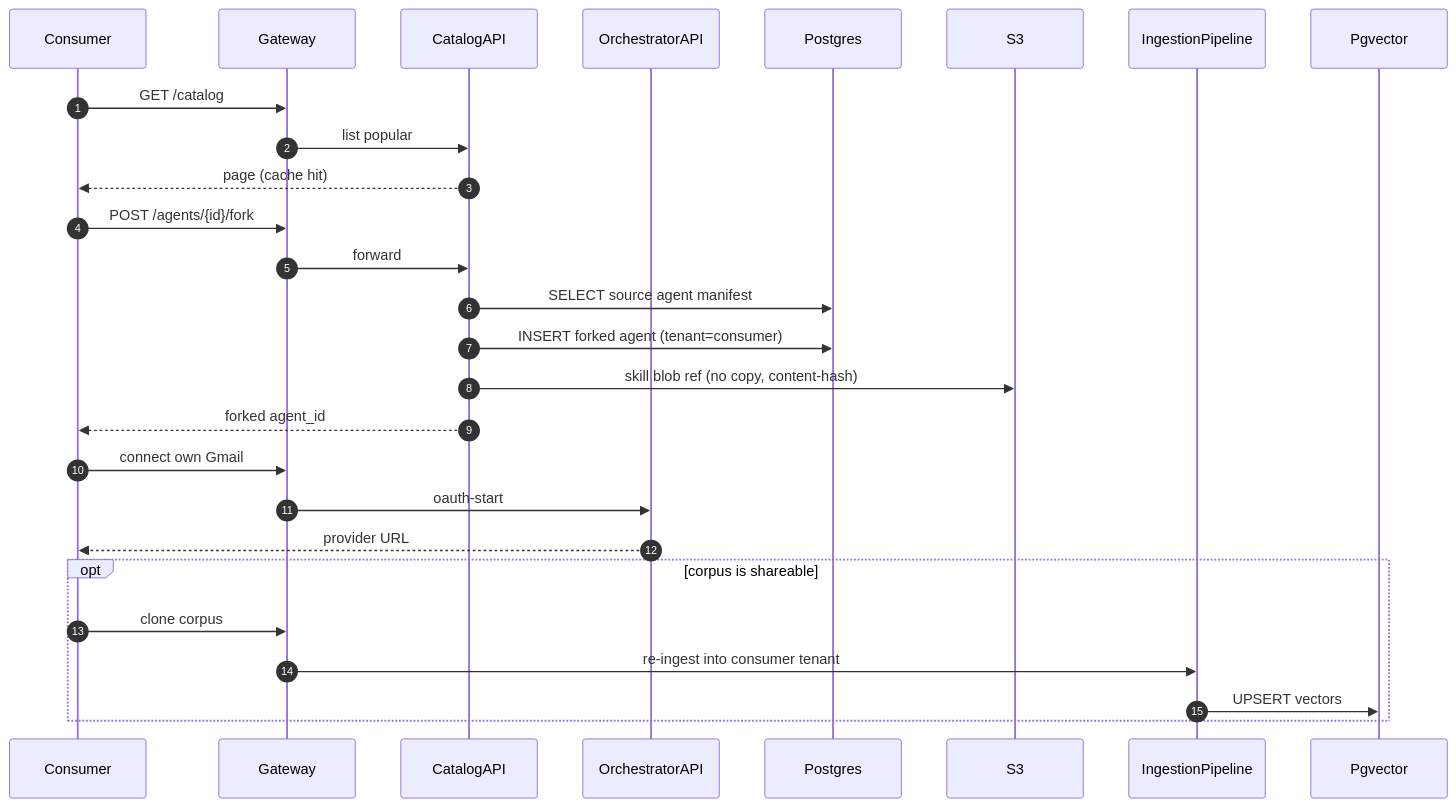
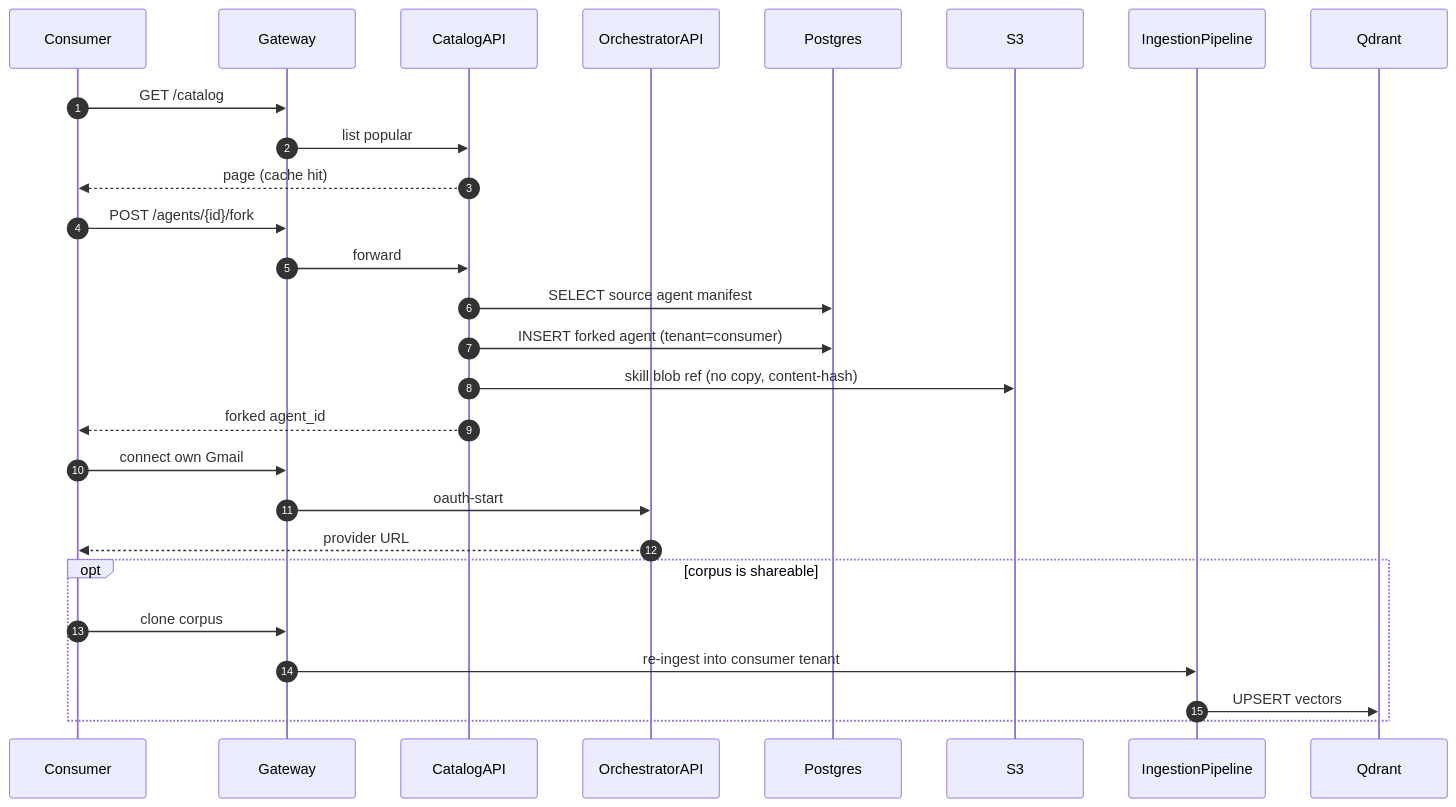
The fourth of 4 diagrams in design-packs/2026-05-27-b2c-agent-orchestrator-platform/03-architecture.md (sumansaurabh/claude-resume-skills), drawn with Mermaid before and after one commit. The commit also changed other lines of this file and 5 other files, not shown here.

````diff
--- a/design-packs/2026-05-27-b2c-agent-orchestrator-platform/03-architecture.md
+++ b/design-packs/2026-05-27-b2c-agent-orchestrator-platform/03-architecture.md
@@ -248,33 +346,33 @@
 ```mermaid
 sequenceDiagram
     autonumber
     participant U as Consumer
     participant GW as Gateway
     participant C as CatalogAPI
     participant O as OrchestratorAPI
     participant PG as Postgres
     participant S3 as S3
     participant IP as IngestionPipeline
-    participant PV as Pgvector
+    participant PV as Qdrant
 
     U->>GW: GET /catalog
     GW->>C: list popular
     C-->>U: page (cache hit)
 
     U->>GW: POST /agents/{id}/fork
     GW->>C: forward
     C->>PG: SELECT source agent manifest
     C->>PG: INSERT forked agent (tenant=consumer)
     C->>S3: skill blob ref (no copy, content-hash)
     C-->>U: forked agent_id
 
     U->>GW: connect own Gmail
     GW->>O: oauth-start
     O-->>U: provider URL
 
     opt corpus is shareable
         U->>GW: clone corpus
         GW->>IP: re-ingest into consumer tenant
         IP->>PV: UPSERT vectors
     end
 ```
````
